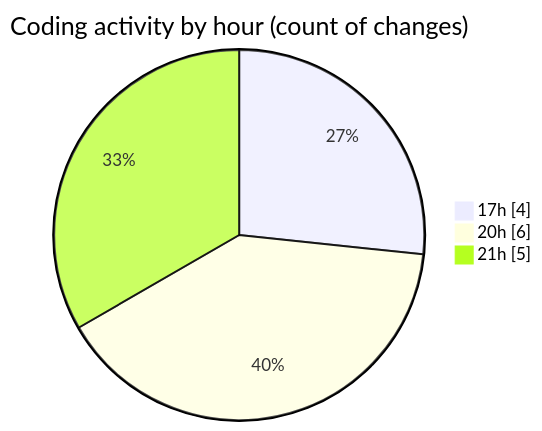
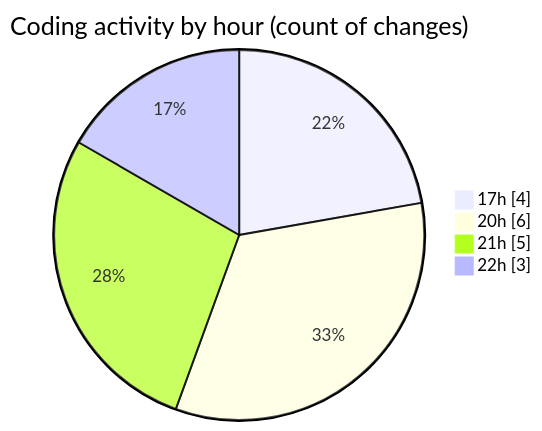
Before and after one commit to idhammustaqopulfikri/code-tracking: the second of 2 diagrams in 2025-05-16/booking/README.md, drawn with Mermaid. The commit also changed other lines of this file and 1 other file, not shown here.

````diff
--- a/2025-05-16/booking/README.md
+++ b/2025-05-16/booking/README.md
@@ -40,7 +41,8 @@
 ```mermaid
 pie showData
 title Coding activity by hour (count of changes)
 "17h" : 4
 "20h" : 6
 "21h" : 5
+"22h" : 3
 ```
````
